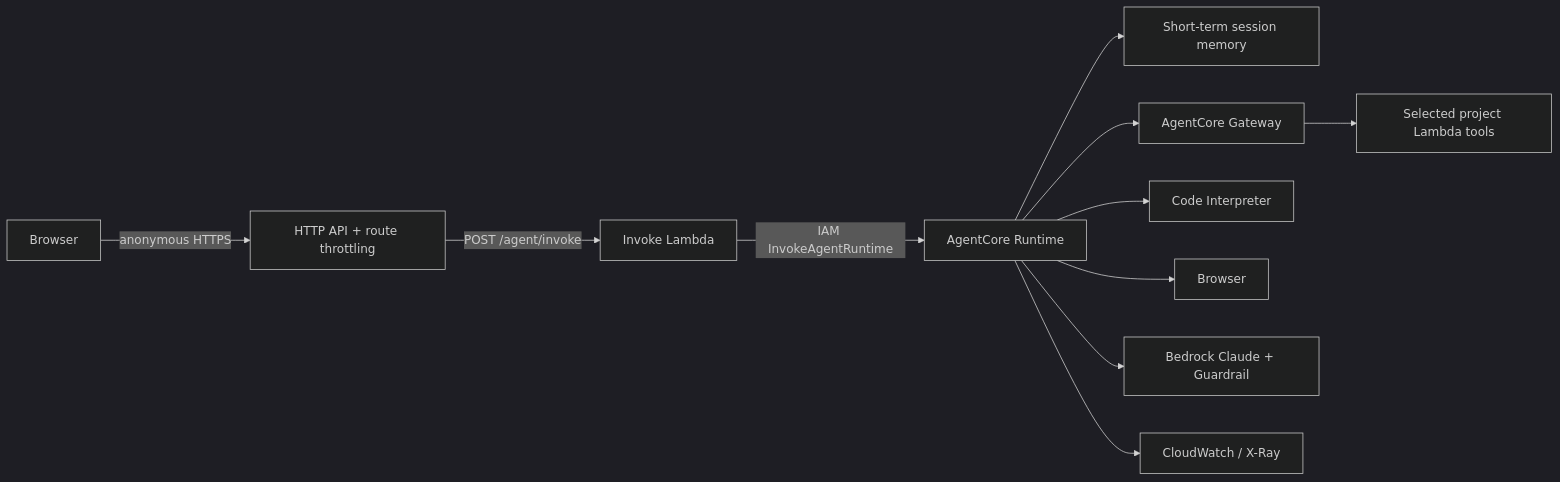
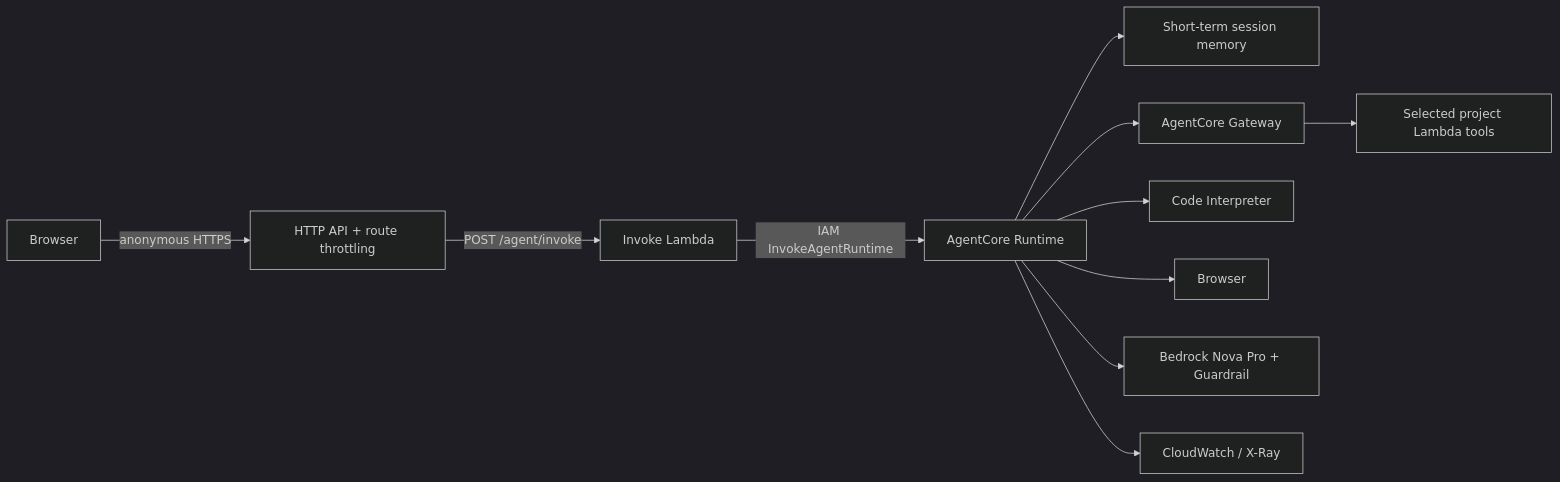
Before and after one commit to decmhugh/thedigitalmindhub-project1: the diagram in specs/002-ai-agent-core/plan.md, drawn with Mermaid (dark theme). The commit also changed other lines of this file and 5 other files, not shown here.

````diff
--- a/specs/002-ai-agent-core/plan.md
+++ b/specs/002-ai-agent-core/plan.md
@@ -8,13 +8,13 @@
 ```mermaid
 flowchart LR
   B[Browser] -->|anonymous HTTPS| A[HTTP API + route throttling]
   A -->|POST /agent/invoke| L[Invoke Lambda]
   L -->|IAM InvokeAgentRuntime| R[AgentCore Runtime]
   R --> M[Short-term session memory]
   R --> G[AgentCore Gateway]
   G --> T[Selected project Lambda tools]
   R --> CI[Code Interpreter]
   R --> W[Browser]
-  R --> BR[Bedrock Claude + Guardrail]
+  R --> BR[Bedrock Nova Pro + Guardrail]
   R --> O[CloudWatch / X-Ray]
 ```
````
